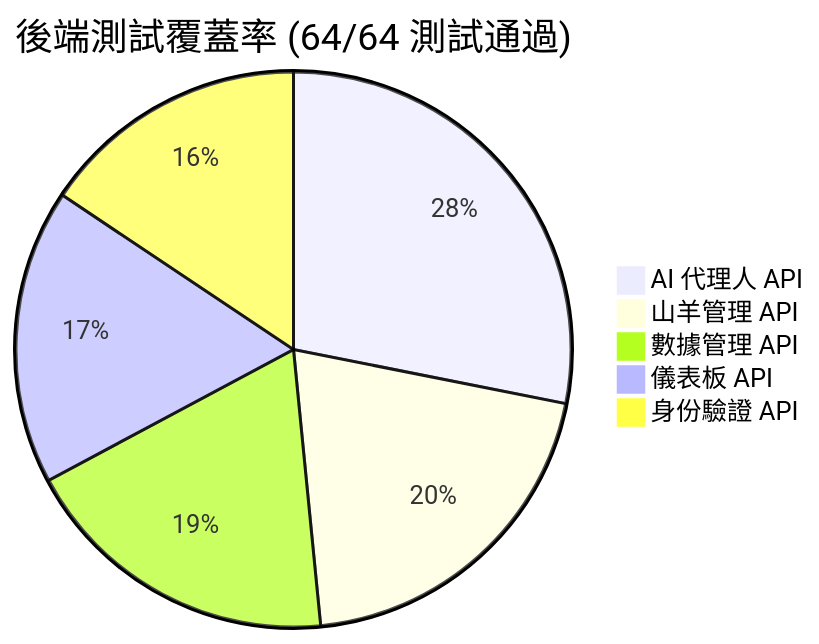
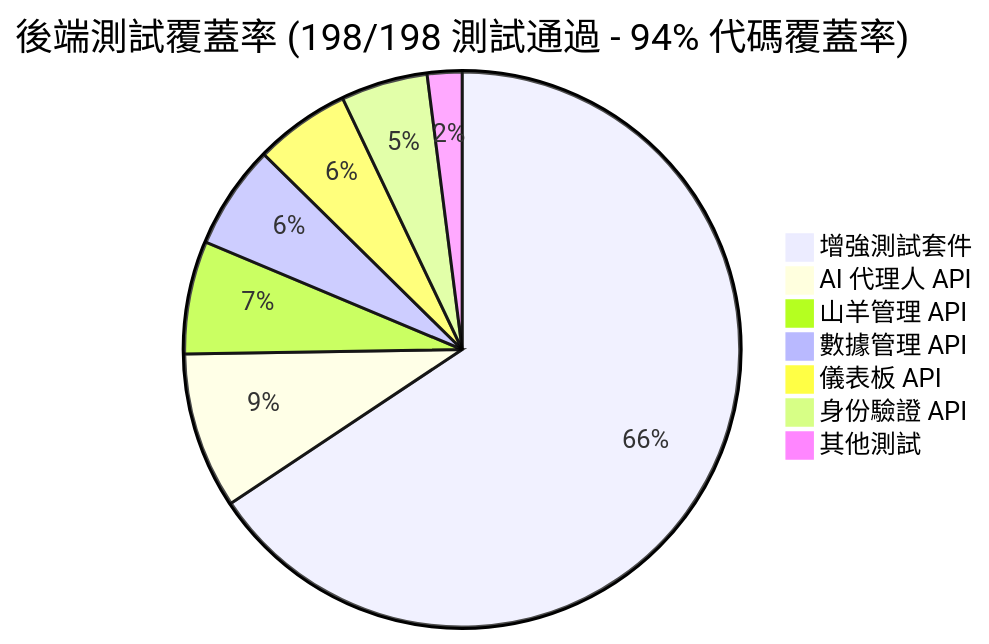
One commit to nj1i6t6/Goat_Nutrition_App_Optimization_Test changed the third of 5 diagrams in 系統架構流程圖.md. Above: the diagram before and after it, drawn with Mermaid. The commit also changed other lines of this file and 1 other file, not shown here.

First line of the commit message:
更新架構圖文件 - 同步最新測試狀態

````diff
--- a/系統架構流程圖.md
+++ b/系統架構流程圖.md
@@ -197,8 +202,10 @@
 ```mermaid
-pie title 後端測試覆蓋率 (64/64 測試通過)
+pie title 後端測試覆蓋率 (198/198 測試通過 - 94% 代碼覆蓋率)
+    "增強測試套件" : 130
     "AI 代理人 API" : 18
     "山羊管理 API" : 13
     "數據管理 API" : 12
     "儀表板 API" : 11
     "身份驗證 API" : 10
+    "其他測試" : 4
 ```
````
